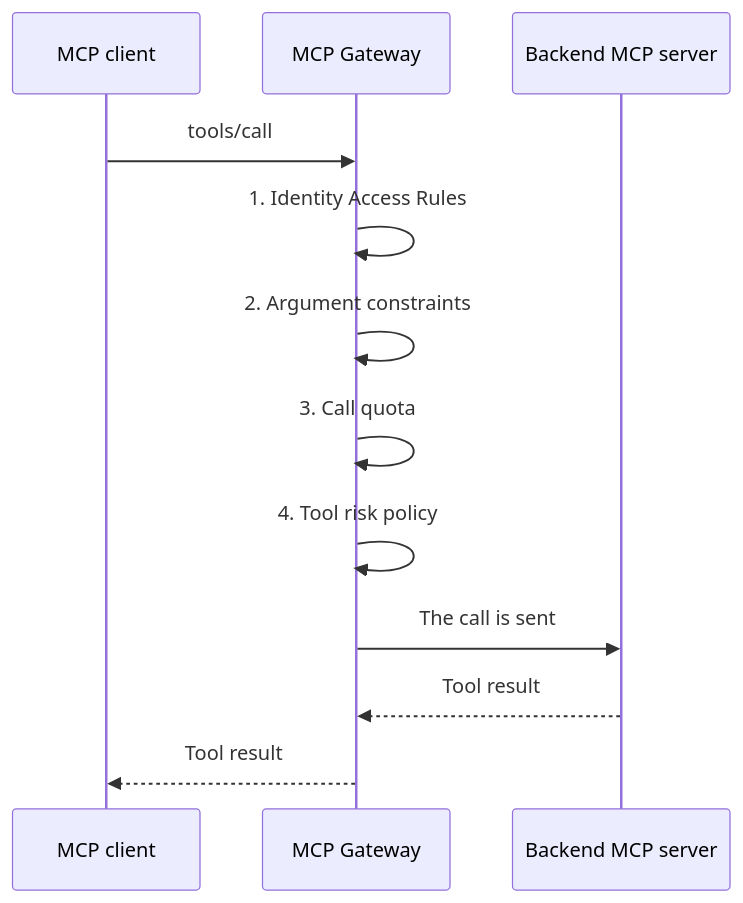
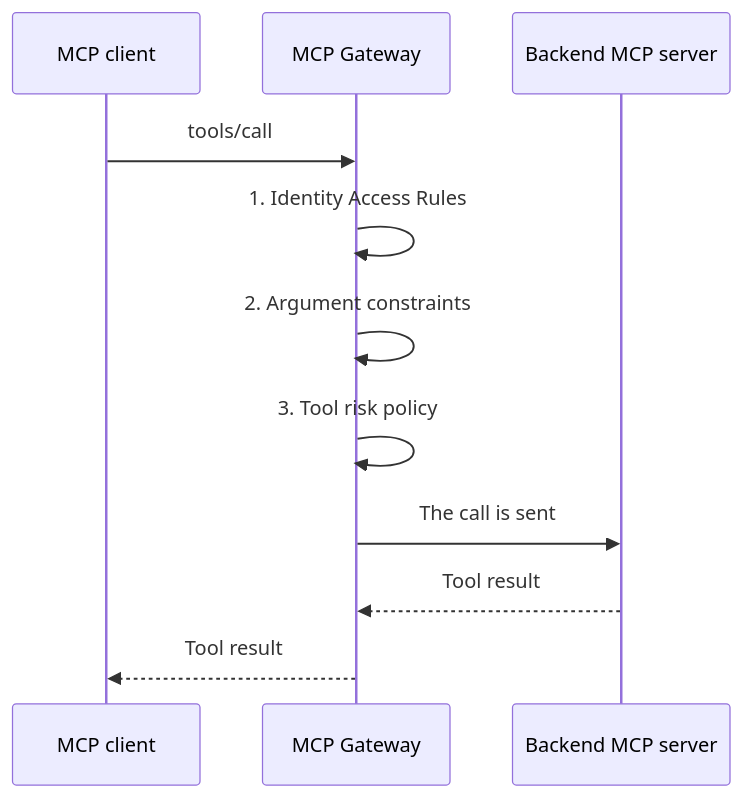
Before and after one commit to apinizer/docs: the diagram in en/tutorials/ai-proxy-scenarios/mcp-gateway-authorization-cards.mdx, drawn with Mermaid. The commit also changed other lines of this file and 13 other files, not shown here.

First line of the commit message:
docs(mcp,a2a): routing call quota removed; call limits go to Limit Plan or Quota/Throttling

````diff
--- a/en/tutorials/ai-proxy-scenarios/mcp-gateway-authorization-cards.mdx
+++ b/en/tutorials/ai-proxy-scenarios/mcp-gateway-authorization-cards.mdx
@@ -21,14 +20,13 @@
 ```mermaid
 sequenceDiagram
     participant C as MCP client
     participant G as MCP Gateway
     participant B as Backend MCP server
     C->>G: tools/call
     G->>G: 1. Identity Access Rules
     G->>G: 2. Argument constraints
-    G->>G: 3. Call quota
-    G->>G: 4. Tool risk policy
+    G->>G: 3. Tool risk policy
     G->>B: The call is sent
     B-->>G: Tool result
     G-->>C: Tool result
 ```
````
